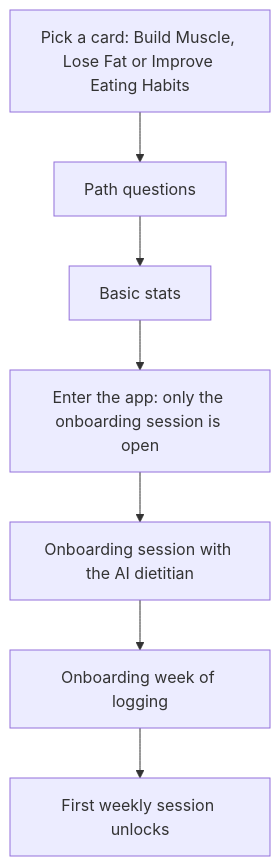
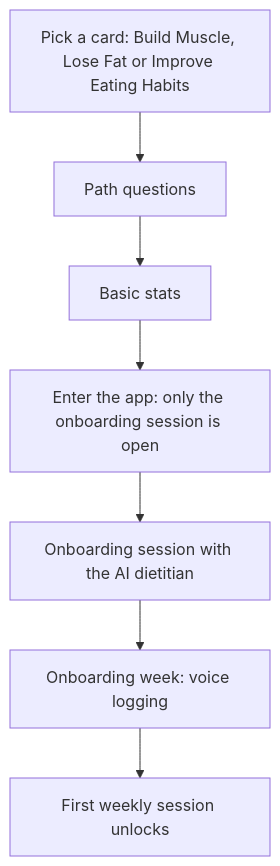
Before and after one commit to odymosgr/ai-powered-eating-habits: the fourth of 7 diagrams in administration/docs/product-plan.md, drawn with Mermaid. The commit also changed other lines of this file, not shown here.

````diff
--- a/administration/docs/product-plan.md
+++ b/administration/docs/product-plan.md
@@ -210,9 +225,9 @@
 ```mermaid
 flowchart TD
     C["Pick a card: Build Muscle, Lose Fat or Improve Eating Habits"] --> P["Path questions"]
     P --> S["Basic stats"]
     S --> A["Enter the app: only the onboarding session is open"]
     A --> O["Onboarding session with the AI dietitian"]
-    O --> W["Onboarding week of logging"]
+    O --> W["Onboarding week: voice logging"]
     W --> F["First weekly session unlocks"]
 ```
````
